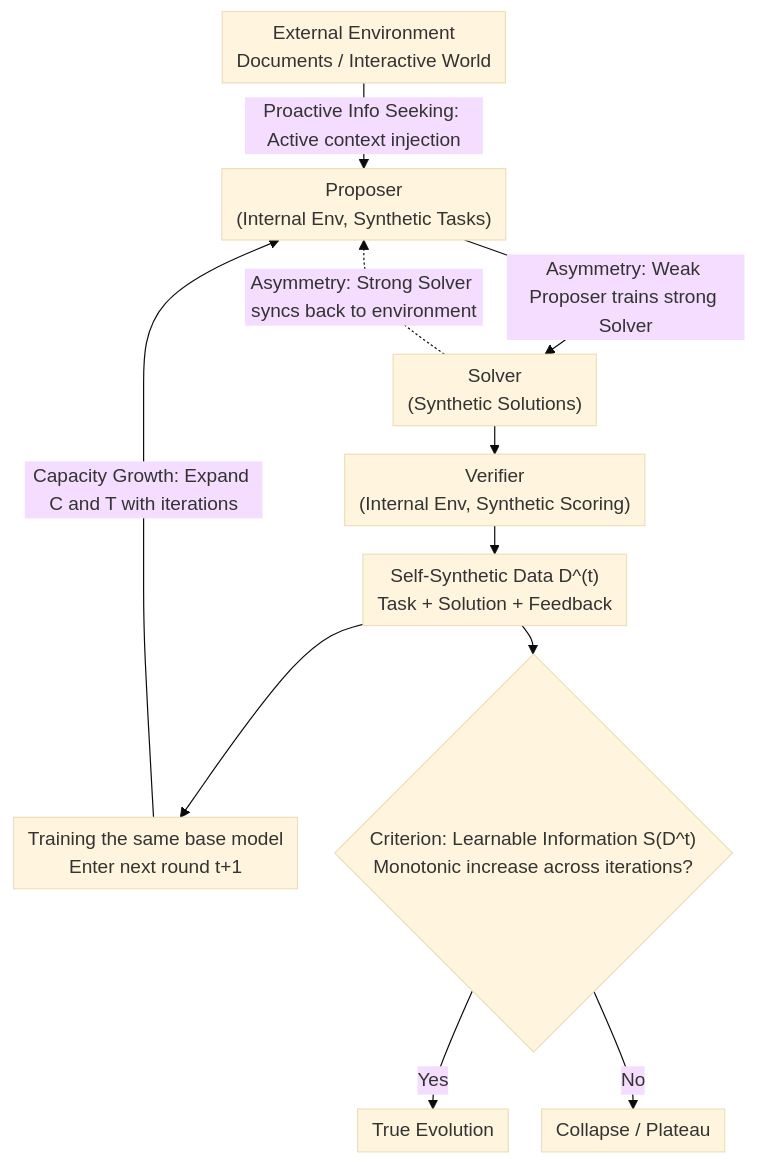
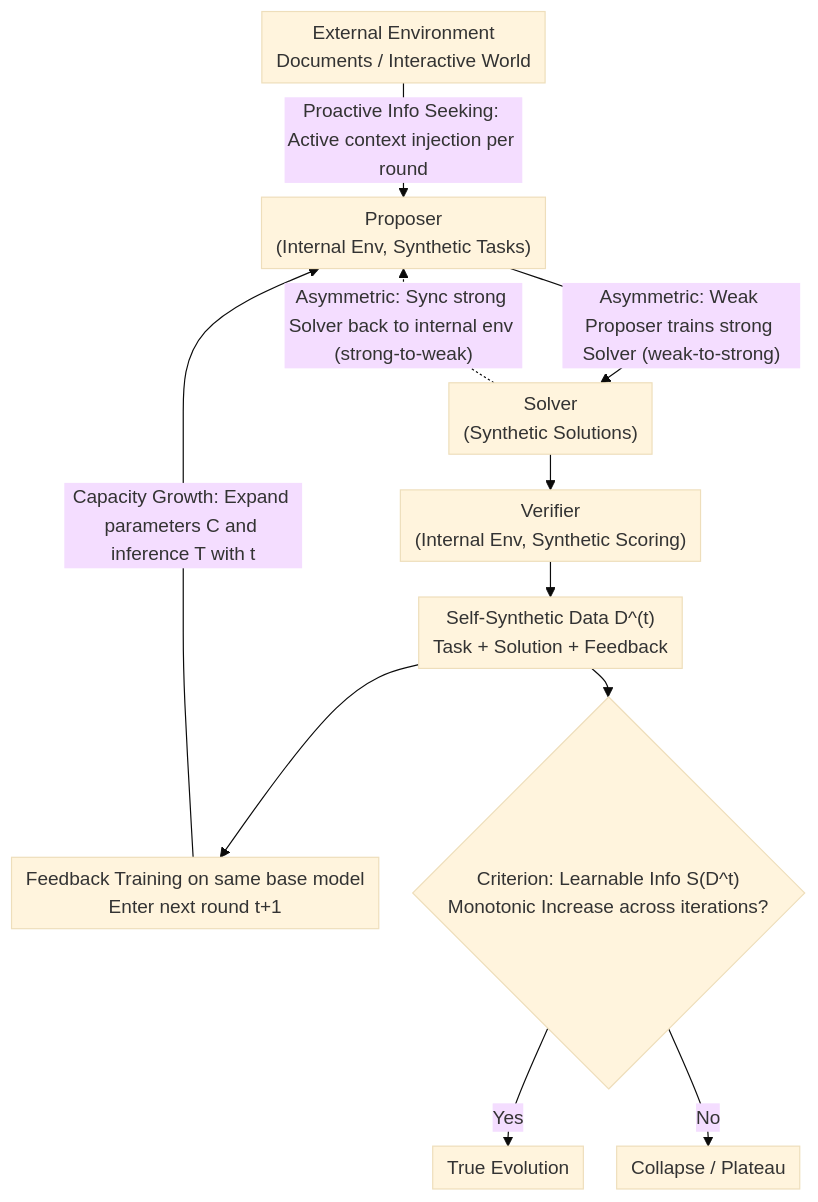
One commit to zhaoyang97/Paper-Notes-en changed the diagram in docs/ICML2026/llm_reasoning/self-play_only_evolves_when_self-synthetic_pipeline_ensures_learnable_informatio.md. Above: the diagram before and after it, drawn with Mermaid (base theme). The commit also changed other lines of this file and 5084 other files, not shown here.

````diff
--- a/docs/ICML2026/llm_reasoning/self-play_only_evolves_when_self-synthetic_pipeline_ensures_learnable_informatio.md
+++ b/docs/ICML2026/llm_reasoning/self-play_only_evolves_when_self-synthetic_pipeline_ensures_learnable_informatio.md
@@ -50,24 +50,24 @@
 ```mermaid
 %%{init: {'flowchart': {'rankSpacing': 24, 'nodeSpacing': 28, 'padding': 6, 'wrappingWidth': 400}}}%%
 flowchart TD
     EXT["External Environment<br/>Documents / Interactive World"]
     P["Proposer<br/>(Internal Env, Synthetic Tasks)"]
     S["Solver<br/>(Synthetic Solutions)"]
     V["Verifier<br/>(Internal Env, Synthetic Scoring)"]
     D["Self-Synthetic Data D^(t)<br/>Task + Solution + Feedback"]
-    TRAIN["Training the same base model<br/>Enter next round t+1"]
-    JUDGE{"Criterion: Learnable Information S(D^t)<br/>Monotonic increase across iterations?"}
+    TRAIN["Feedback Training on same base model<br/>Enter next round t+1"]
+    JUDGE{"Criterion: Learnable Info S(D^t)<br/>Monotonic Increase across iterations?"}
     EVOLVE["True Evolution"]
     COLLAPSE["Collapse / Plateau"]
 
-    EXT -->|"Proactive Info Seeking: Active context injection"| P
-    P -->|"Asymmetry: Weak Proposer trains strong Solver"| S
+    EXT -->|"Proactive Info Seeking: Active context injection per round"| P
+    P -->|"Asymmetric: Weak Proposer trains strong Solver (weak-to-strong)"| S
     S --> V
     V --> D
-    S -.->|"Asymmetry: Strong Solver syncs back to environment"| P
+    S -.->|"Asymmetric: Sync strong Solver back to internal env (strong-to-weak)"| P
     D --> TRAIN
-    TRAIN -->|"Capacity Growth: Expand C and T with iterations"| P
+    TRAIN -->|"Capacity Growth: Expand parameters C and inference T with t"| P
     D --> JUDGE
     JUDGE -->|Yes| EVOLVE
     JUDGE -->|No| COLLAPSE
 ```
````
